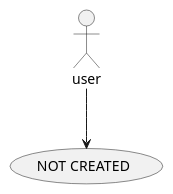
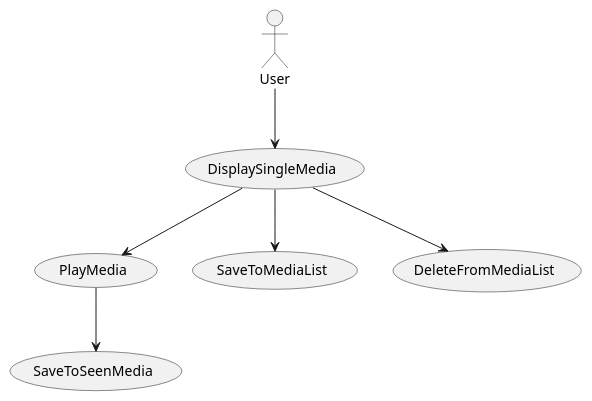
One commit to JonasChristoffersen/SP3 changed the diagram in doc/dynamic/UC4_PlayMediaAndSaveData.puml. Above: the diagram before and after it, drawn with PlantUML. The commit also changed 7 other files, not shown here.

Commit message:
Updated Multiple diagrams

```diff
--- a/doc/dynamic/UC4_PlayMediaAndSaveData.puml
+++ b/doc/dynamic/UC4_PlayMediaAndSaveData.puml
@@ -1,8 +1,21 @@
 @startuml
 'https://plantuml.com/use-case-diagram
 
 'Er i tvivl om denne giver mening at have da det er
 'lavet i UC3_AND-_UC4_PickMediaFromLists.puml
 
-user --> (NOT CREATED)
+User --> (DisplaySingleMedia)
+
+
+(DisplaySingleMedia) --> (PlayMedia)
+(DisplaySingleMedia) --> (SaveToMediaList)
+(DisplaySingleMedia) --> (DeleteFromMediaList)
+
+(PlayMedia) --> (SaveToSeenMedia)
+
+/'(DisplaySingleMedia) --> (ReturnToMainMenu)
+(DeleteFromMediaList) --> (ReturnToMainMenu)
+(SaveToMediaList) --> (ReturnToMainMenu)
+(SaveToSeenMedia) --> (ReturnToMainMenu)'/
+
 @enduml
```
